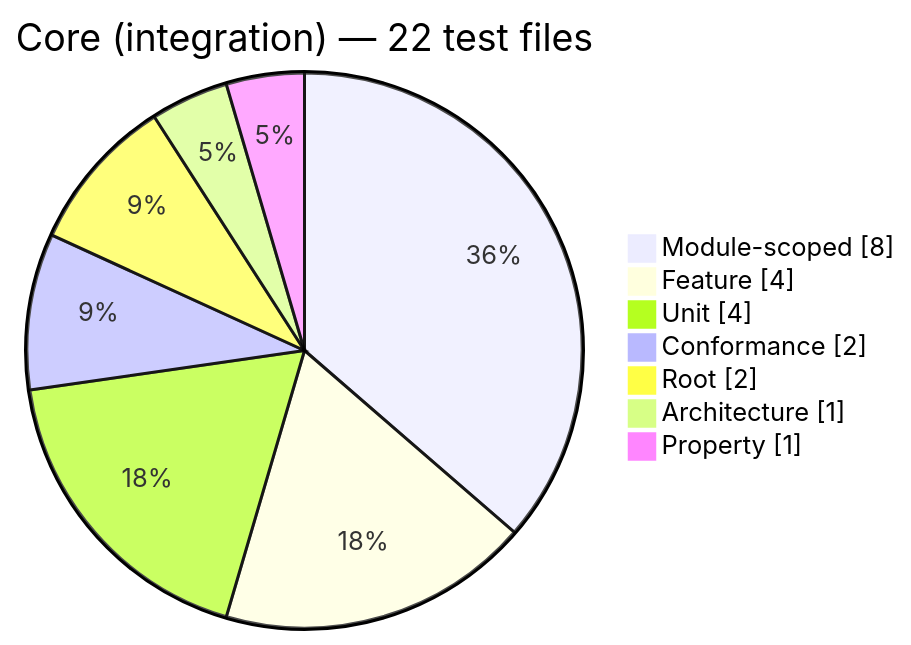
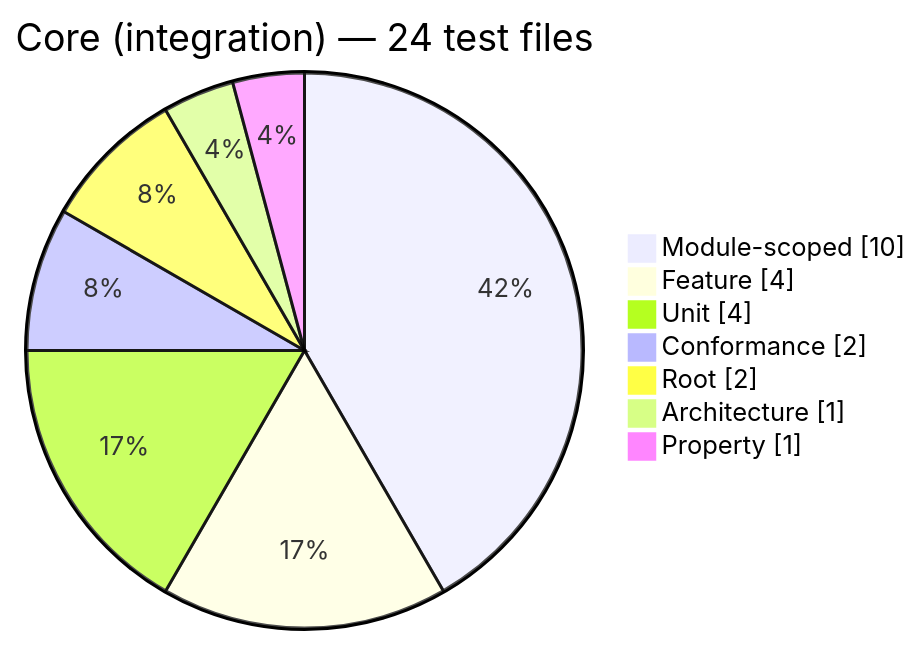
Before and after one commit to Mohammed-Alama/php-arazzo: diagram 11 of 12 in docs/generated/test-composition.md, drawn with Mermaid. The commit also changed other lines of this file and 14 other files, not shown here.

````diff
--- a/docs/generated/test-composition.md
+++ b/docs/generated/test-composition.md
@@ -150,11 +150,11 @@
 ```mermaid
 pie showData
-    title Core (integration) — 22 test files
-    "Module-scoped": 8
+    title Core (integration) — 24 test files
+    "Module-scoped": 10
     "Feature": 4
     "Unit": 4
     "Conformance": 2
     "Root": 2
     "Architecture": 1
     "Property": 1
 ```
````
